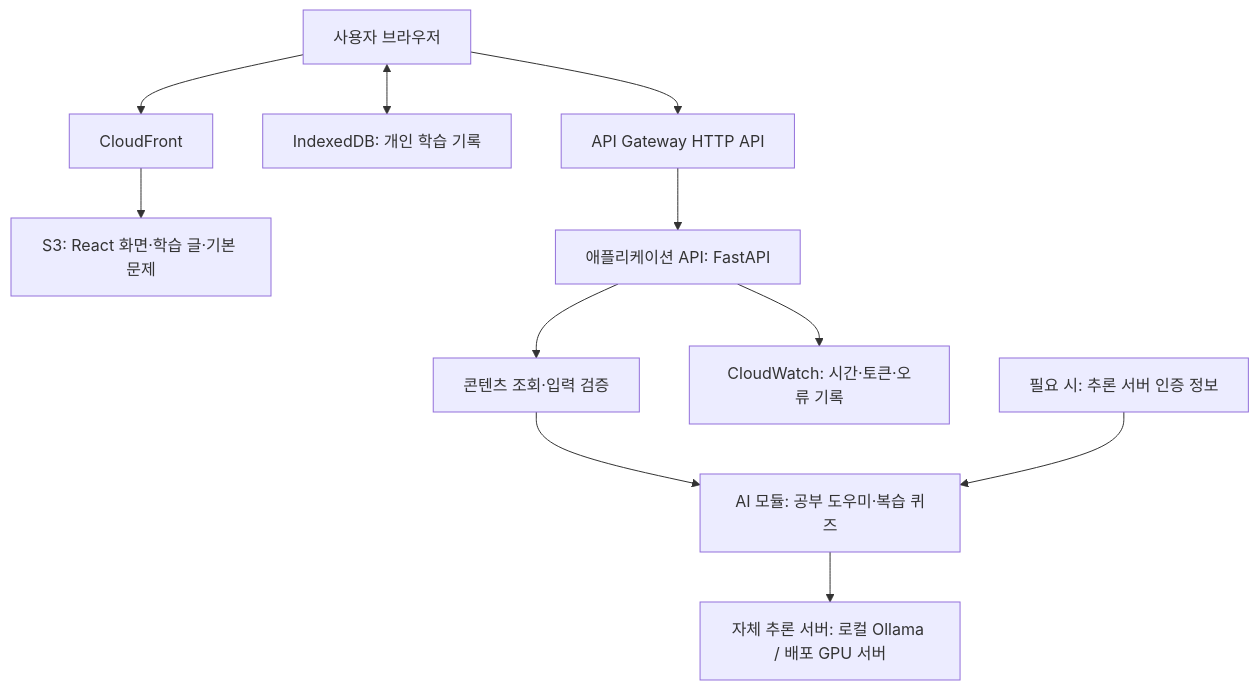
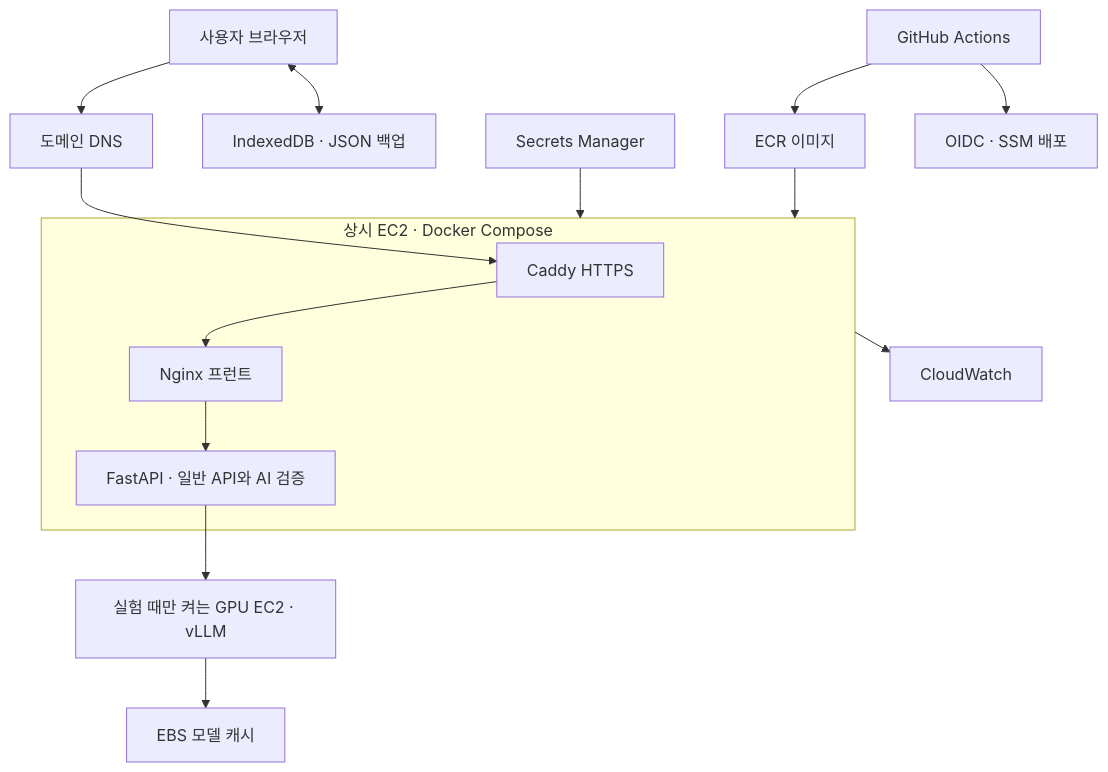
Before and after one commit to CLM-BONNY/orot-ai: the diagram in service-architecture.md, drawn with Mermaid. The commit also changed other lines of this file and 29 other files, not shown here.

````diff
--- a/service-architecture.md
+++ b/service-architecture.md
@@ -80,13 +67,17 @@
 ```mermaid
 flowchart TD
-    U[사용자 브라우저] --> CF[CloudFront]
-    CF --> S3[S3: React 화면·학습 글·기본 문제]
-    U <--> IDB[IndexedDB: 개인 학습 기록]
-    U --> GW[API Gateway HTTP API]
-    GW --> API[애플리케이션 API: FastAPI]
-    API --> C[콘텐츠 조회·입력 검증]
-    C --> AI[AI 모듈: 공부 도우미·복습 퀴즈]
-    AI --> LLM[자체 추론 서버: 로컬 Ollama / 배포 GPU 서버]
-    API --> CW[CloudWatch: 시간·토큰·오류 기록]
-    SM[필요 시: 추론 서버 인증 정보] --> AI
+    U[사용자 브라우저] --> DNS[도메인 DNS]
+    DNS --> EDGE[Caddy HTTPS]
+    subgraph WEB[상시 EC2 · Docker Compose]
+      EDGE --> N[Nginx 프런트]
+      N --> API[FastAPI · 일반 API와 AI 검증]
+    end
+    API --> GPU[실험 때만 켜는 GPU EC2 · vLLM]
+    GPU --> CACHE[EBS 모델 캐시]
+    U <--> IDB[IndexedDB · JSON 백업]
+    WEB --> LOG[CloudWatch]
+    SEC[Secrets Manager] --> WEB
+    GH[GitHub Actions] --> ECR[ECR 이미지]
+    GH --> SSM[OIDC · SSM 배포]
+    ECR --> WEB
 ```
````
